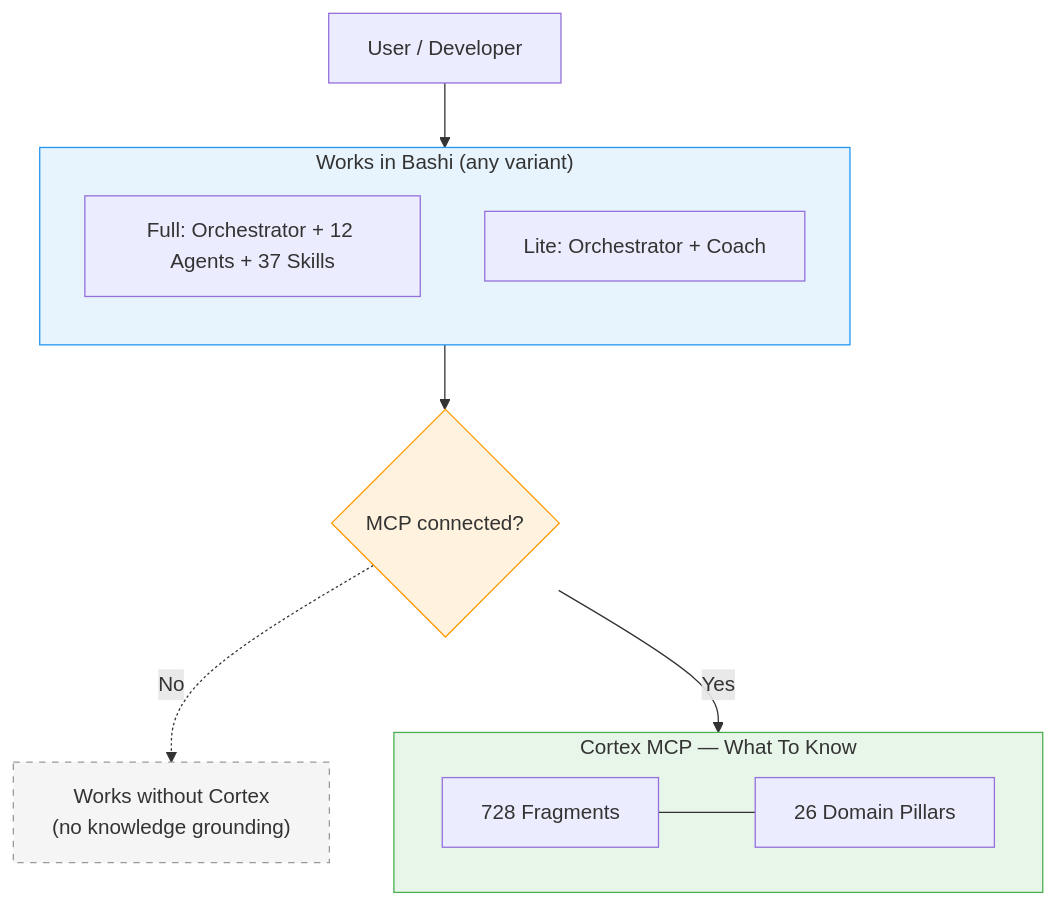
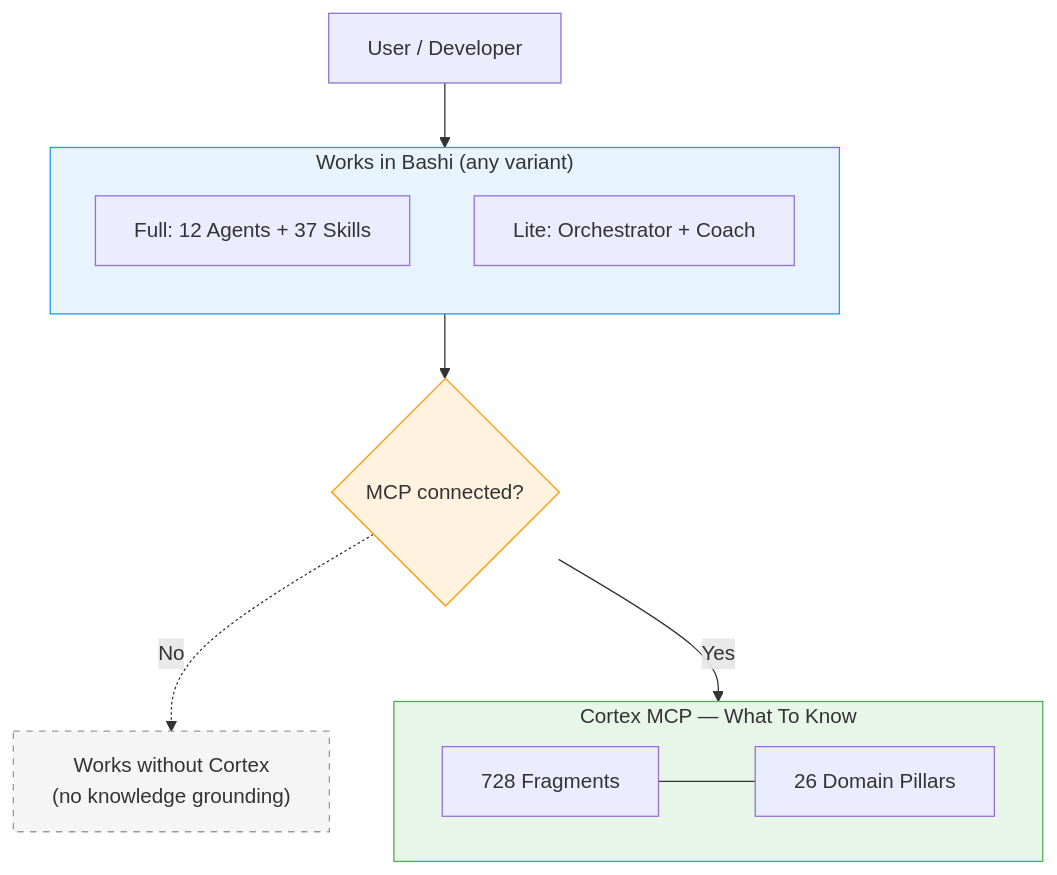
The first of 5 diagrams in docs/ARCHITECTURE.md (BasharAmso/cortex-mcp), drawn with Mermaid before and after one commit.

Commit message:
fix: correct agent count — 12 total including orchestrator, not 12+1

````diff
--- a/docs/ARCHITECTURE.md
+++ b/docs/ARCHITECTURE.md
@@ -38,28 +38,28 @@
 ```mermaid
 flowchart TB
     User["User / Developer"]
 
     subgraph Bashi["Works in Bashi (any variant)"]
         direction TB
-        Full["Full: Orchestrator + 12 Agents + 37 Skills"]
+        Full["Full: 12 Agents + 37 Skills"]
         Lite["Lite: Orchestrator + Coach"]
     end
 
     MCP{"MCP connected?"}
 
     subgraph Cortex["Cortex MCP — What To Know"]
         Library["728 Fragments"]
         Pillars["26 Domain Pillars"]
     end
 
     User --> Bashi
     Bashi --> MCP
     MCP -->|Yes| Cortex
     MCP -.->|No| NoMCP["Works without Cortex\n(no knowledge grounding)"]
     Library --- Pillars
 
     style Bashi fill:#e8f4fd,stroke:#2196f3
     style Cortex fill:#e8f5e9,stroke:#4caf50
     style MCP fill:#fff3e0,stroke:#ff9800
     style NoMCP fill:#f5f5f5,stroke:#999,stroke-dasharray: 5 5
 ```
````
